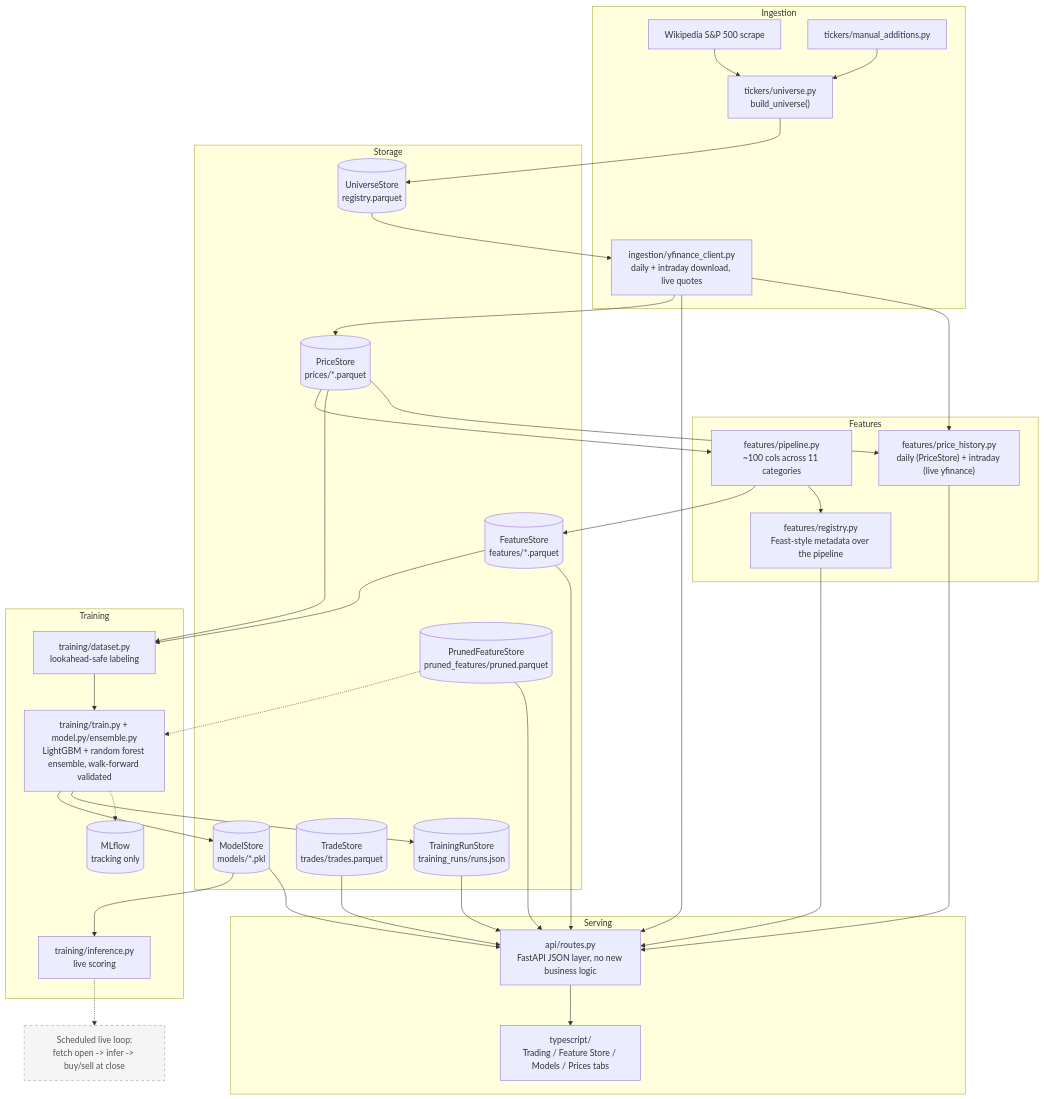
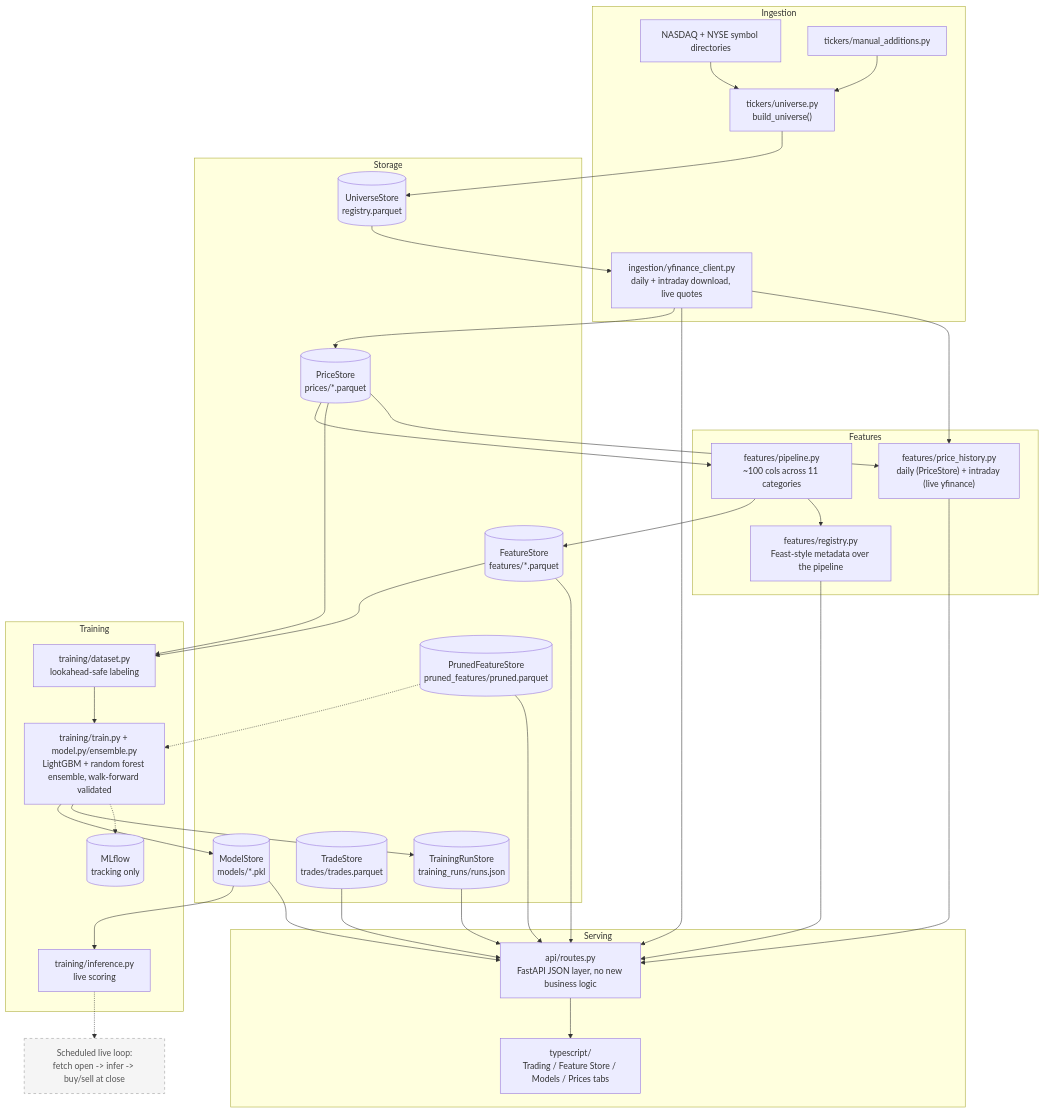
Before and after one commit to fartzy/stock-picker: the diagram in README.md, drawn with Mermaid. The commit also changed other lines of this file and 10 other files, not shown here.

````diff
--- a/README.md
+++ b/README.md
@@ -14,71 +14,71 @@
 ```mermaid
 flowchart TB
     subgraph Ingestion
-        WIKI["Wikipedia S&amp;P 500 scrape"]
+        WIKI["NASDAQ + NYSE symbol directories"]
         MANUAL["tickers/manual_additions.py"]
         BUILDUNIV["tickers/universe.py<br/>build_universe()"]
         YF["ingestion/yfinance_client.py<br/>daily + intraday download, live quotes"]
     end
 
     subgraph Storage
         US[("UniverseStore<br/>registry.parquet")]
         PS[("PriceStore<br/>prices/*.parquet")]
         FS[("FeatureStore<br/>features/*.parquet")]
         MS[("ModelStore<br/>models/*.pkl")]
         TS[("TradeStore<br/>trades/trades.parquet")]
         PFS[("PrunedFeatureStore<br/>pruned_features/pruned.parquet")]
         TRS[("TrainingRunStore<br/>training_runs/runs.json")]
     end
 
     subgraph Features
         FEATPIPE["features/pipeline.py<br/>~100 cols across 11 categories"]
         REGISTRY["features/registry.py<br/>Feast-style metadata over the pipeline"]
         PRICEHIST["features/price_history.py<br/>daily (PriceStore) + intraday (live yfinance)"]
     end
 
     subgraph Training
         DATASET["training/dataset.py<br/>lookahead-safe labeling"]
         TRAIN["training/train.py + model.py/ensemble.py<br/>LightGBM + random forest ensemble, walk-forward validated"]
         INFER["training/inference.py<br/>live scoring"]
         MLFLOW[("MLflow<br/>tracking only")]
     end
 
     subgraph Serving
         API["api/routes.py<br/>FastAPI JSON layer, no new business logic"]
         WEB["typescript/<br/>Trading / Feature Store / Models / Prices tabs"]
     end
 
     LIVE["Scheduled live loop:<br/>fetch open -> infer -> buy/sell at close"]
 
     WIKI --> BUILDUNIV
     MANUAL --> BUILDUNIV
     BUILDUNIV --> US
     US --> YF
     YF --> PS
     PS --> FEATPIPE
     FEATPIPE --> FS
     PS --> DATASET
     FS --> DATASET
     DATASET --> TRAIN
     TRAIN --> MS
     TRAIN --> TRS
     TRAIN -.-> MLFLOW
     MS --> INFER
     PFS -.-> TRAIN
     FEATPIPE --> REGISTRY
     FS --> API
     REGISTRY --> API
     TS --> API
     PFS --> API
     YF --> API
     MS --> API
     TRS --> API
     PS --> PRICEHIST
     YF --> PRICEHIST
     PRICEHIST --> API
     API --> WEB
     INFER -.-> LIVE
 
     classDef planned stroke-dasharray: 5 5,fill:#f5f5f5,stroke:#999,color:#555;
     class LIVE planned;
 ```
````
